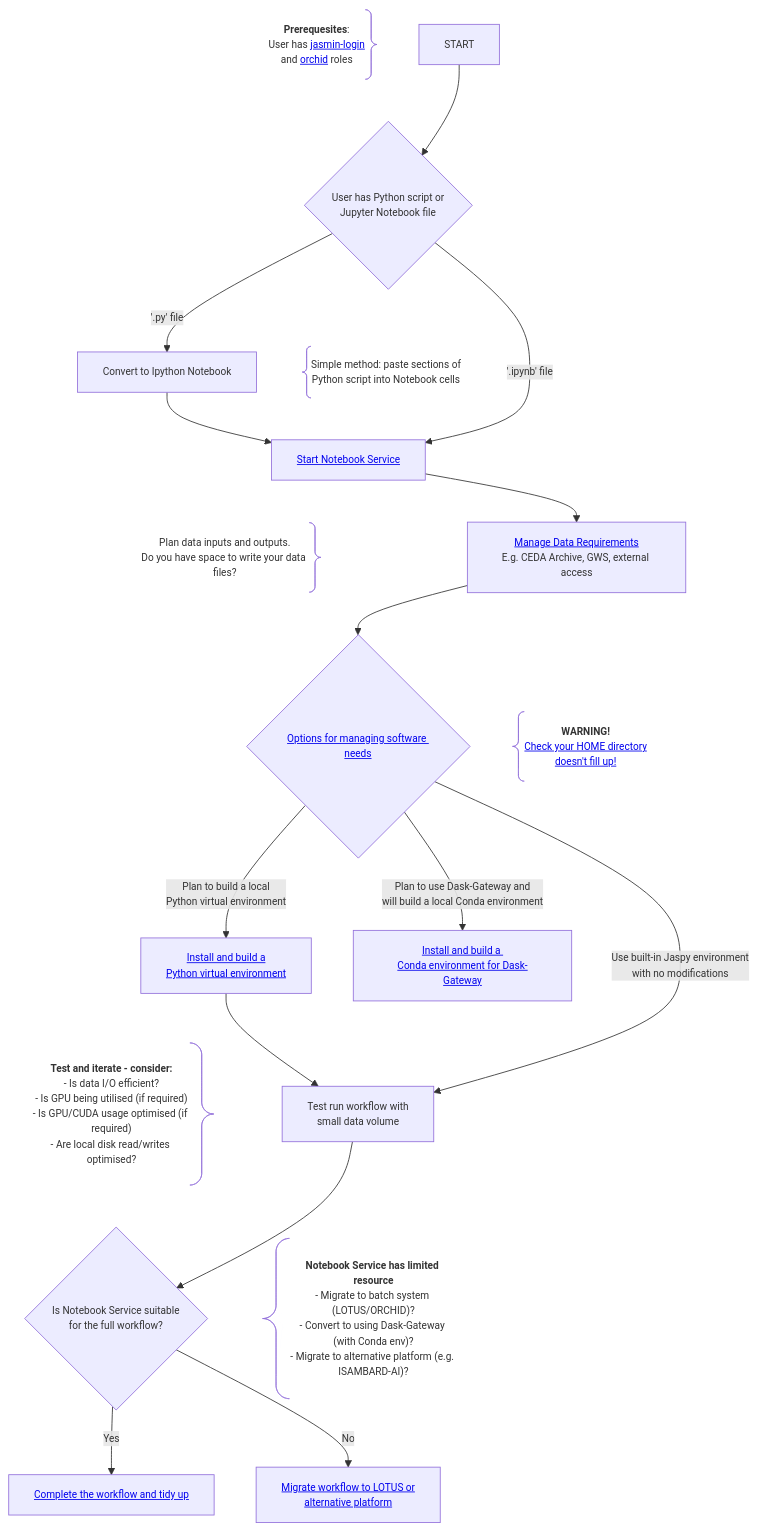
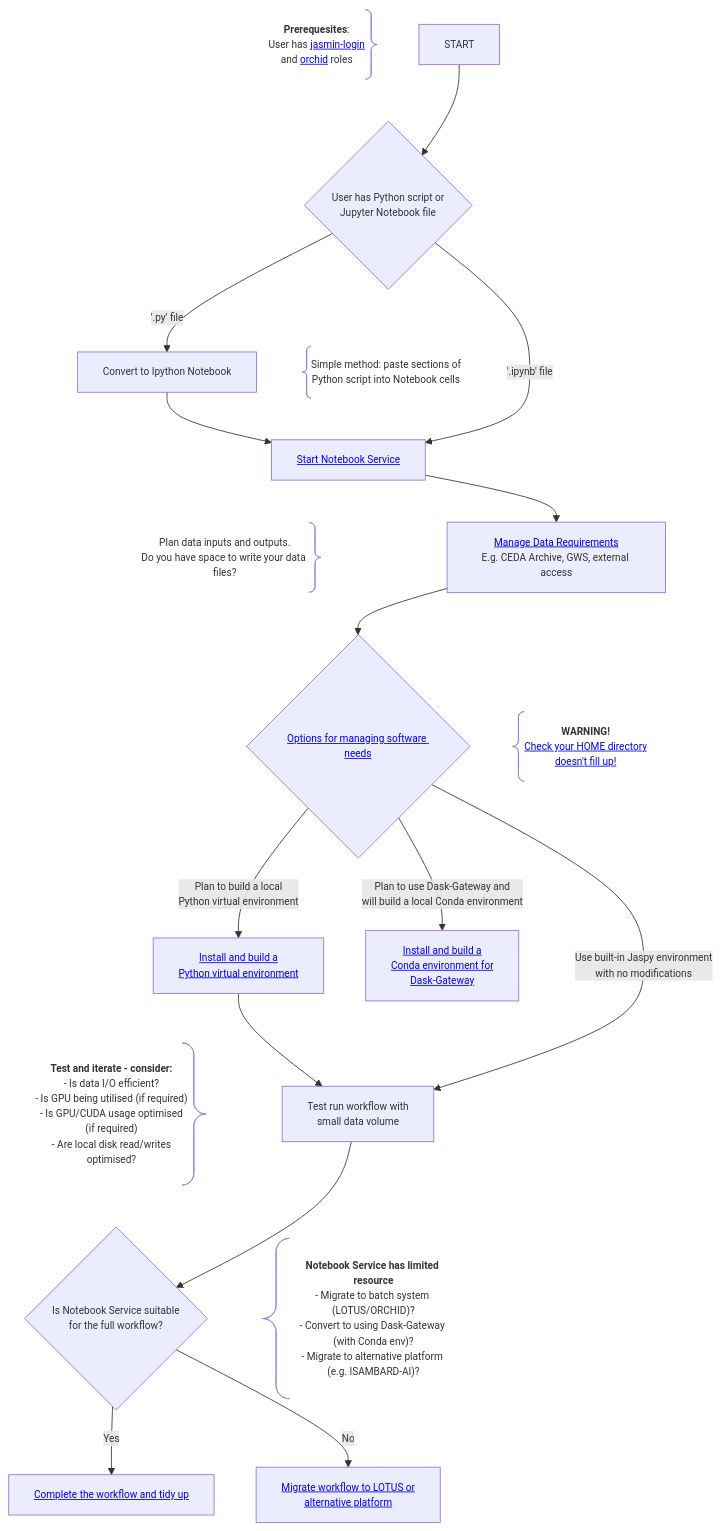
The first of 3 diagrams in README.md (agstephens/proto-jasmin-mermaid-docs), drawn with Mermaid before and after one commit.

````diff
--- a/README.md
+++ b/README.md
@@ -13,49 +13,49 @@
 ```mermaid
 ---
 config:
   theme: 'default'
   themeVariables:
     fontSize: 9pt
 ---
  flowchart TD
     START --> PY_IPYNB{User has Python script or <br/>Jupyter Notebook file}
 
     C1@{ shape: brace-r, label: "<b>Prerequesites</b>:
         User has <a href='http://help.jasmin.ac.uk/docs/getting-started/get-login-account/'>jasmin-login</a> 
         and <a href='https://help.jasmin.ac.uk/docs/batch-computing/orchid-gpu-cluster/#request-access-to-orchid'>orchid</a> roles" } ~~~ PY_IPYNB
 
     PY_IPYNB -->|'.ipynb' file| START_NBS[<a href="https://help.jasmin.ac.uk/docs/interactive-computing/jasmin-notebooks-service/#using-the-jasmin-notebook-service">Start Notebook Service</a>]
     PY_IPYNB -->|'.py' file| CONVERT_PY[Convert to Ipython Notebook]
 
     PY_IPYNB ~~~ C2@{ shape: brace-l, label: "Simple method: paste sections of <br/>Python script into Notebook cells"}
 
     CONVERT_PY --> START_NBS
     START_NBS ~~~ C3@{ shape: brace-r, label: "Plan data inputs and outputs.<br/>Do you have space to write your data files?"}
     
     START_NBS --> DATA_NEEDS[<a href="https://github.com/agstephens/proto-jasmin-mermaid-docs/blob/main/README.md#managing-data-access">Manage Data Requirements</a><br/>E.g. CEDA Archive, GWS, external access]
 
     DATA_NEEDS --> SW_NEEDS{<a href="https://github.com/agstephens/proto-jasmin-mermaid-docs/blob/main/README.md#software-management">Options for managing software needs</a>}
 
     SW_NEEDS -->|Use built-in Jaspy environment <br/>with no modifications| TEST_RUN[Test run workflow with <br/>small data volume]
     SW_NEEDS -->|Plan to build a local <br/>Python virtual environment| VENV_INSTALL[<a href="https://github.com/agstephens/proto-jasmin-mermaid-docs/blob/main/README.md#building-virtual-environments">Install and build a <br/>Python virtual environment</a>]
-    SW_NEEDS -->|Plan to use Dask-Gateway and <br/>will build a local Conda environment| CONDA_INSTALL[<a href="https://github.com/agstephens/proto-jasmin-mermaid-docs/blob/main/README.md#using-dask-gateway">Install and build a <br/>Conda environment for Dask-Gateway</a>]
+    SW_NEEDS -->|Plan to use Dask-Gateway and <br/>will build a local Conda environment| CONDA_INSTALL[<a href="https://github.com/agstephens/proto-jasmin-mermaid-docs/blob/main/README.md#using-dask-gateway">Install and build a <br/>Conda environment for <br/>Dask-Gateway</a>]
 
     DATA_NEEDS ~~~ C4@{ shape: brace-l, label: "<b>WARNING!</b><br/><a href='https://github.com/agstephens/proto-jasmin-mermaid-docs/blob/main/README.md#managing-your-home-directory'>Check your HOME directory<br/>doesn't fill up!</a>"}
     VENV_INSTALL --> TEST_RUN
 
     TEST_RUN --> FULL_RUN{Is Notebook Service suitable <br/>for the full workflow?}
 
     C5@{ shape: brace-r, label: "<b>Test and iterate - consider:</b>
     - Is data I/O efficient?
     - Is GPU being utilised (if required)
-    - Is GPU/CUDA usage optimised (if required)
-    - Are local disk read/writes optimised?"} ~~~ FULL_RUN
+    - Is GPU/CUDA usage optimised <br/>(if required)
+    - Are local disk read/writes <br/>optimised?"} ~~~ FULL_RUN
 
     TEST_RUN ~~~ C6@{ shape: brace-l, label: "**Notebook Service has limited resource**
-    - Migrate to batch system (LOTUS/ORCHID)?
-    - Convert to using Dask-Gateway (with Conda env)?
-    - Migrate to alternative platform (e.g. ISAMBARD-AI)?"}
+    - Migrate to batch system <br/>(LOTUS/ORCHID)?
+    - Convert to using Dask-Gateway <br/>(with Conda env)?
+    - Migrate to alternative platform <br/>(e.g. ISAMBARD-AI)?"}
 
     FULL_RUN -->|Yes| COMPLETE[<a href="https://github.com/agstephens/proto-jasmin-mermaid-docs/blob/main/README.md#workflow-completion">Complete the workflow and tidy up</a>]
     FULL_RUN -->|No| MIGRATE[<a href="https://github.com/agstephens/proto-jasmin-mermaid-docs/blob/main/README.md#workflow-migration">Migrate workflow to LOTUS or <br/>alternative platform</a>]
 ```
````
